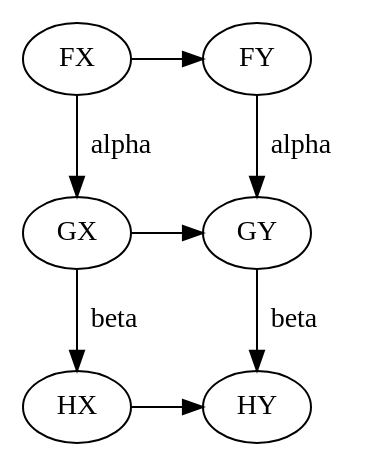
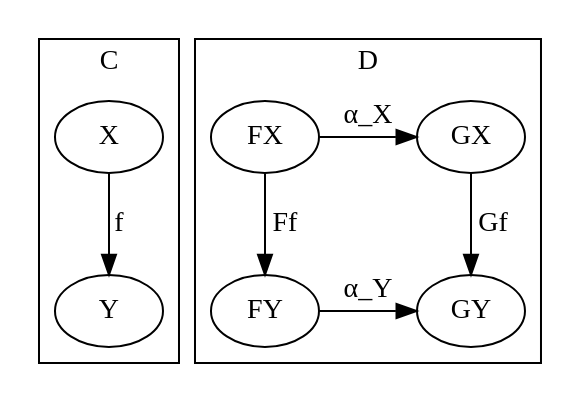
The diagram in study/category/img/3.dot (yugeta/cympfh.github.io), drawn with Graphviz before and after one commit. The commit also changed 44 other files, not shown here.

```diff
--- a/study/category/img/3.dot
+++ b/study/category/img/3.dot
@@ -1,12 +1,18 @@
-digraph vc {
-  FX -> FY;
-  GX -> GY;
-  HX -> HY;
-  FX -> GX [label = " alpha"];
-  FY -> GY [label = " alpha"];
-  GX -> HX [label = " beta"];
-  GY -> HY [label = " beta"];
-  {rank=same; FX FY}
-  {rank=same; GX GY}
-  {rank=same; HX HY}
+digraph NT {
+  subgraph cluster_0 {
+    label = "C";
+    X -> Y [label =" f"];
+  }
+
+  subgraph cluster_1 {
+    label = "D";
+    FX -> FY [label =" Ff"];
+    GX -> GY [label =" Gf"];
+
+    FX -> GX [label =" α_X"];
+    FY -> GY [label =" α_Y"];
+
+    {rank=same; FX GX}
+    {rank=same; FY GY}
+  }
 }
```
